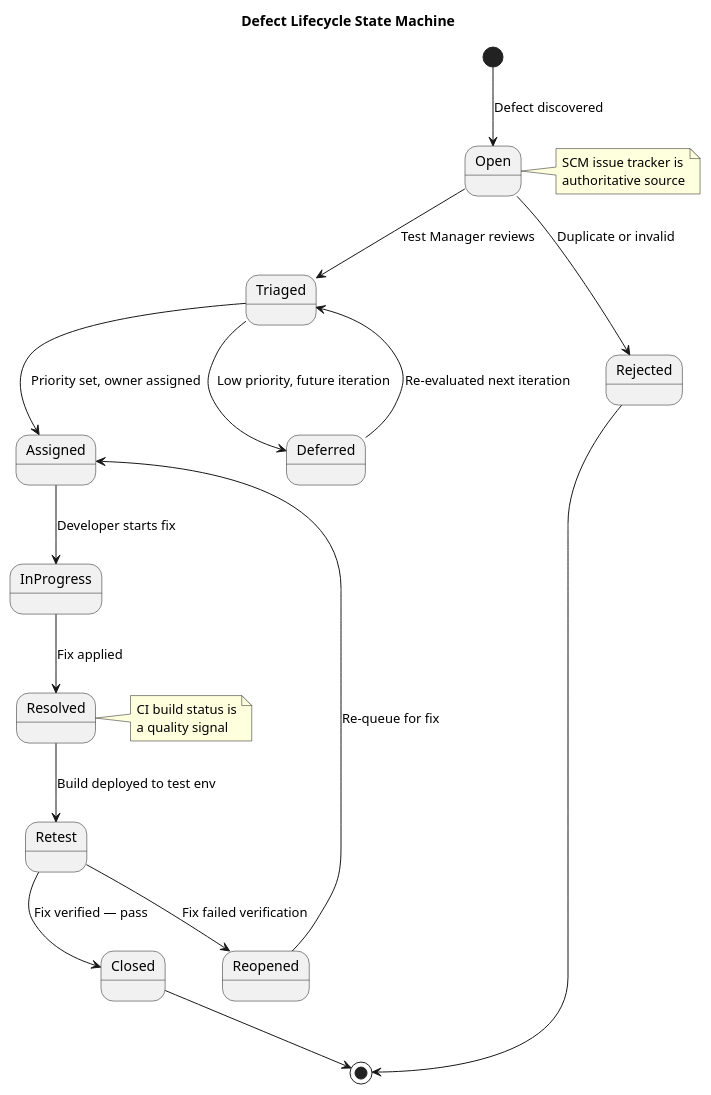
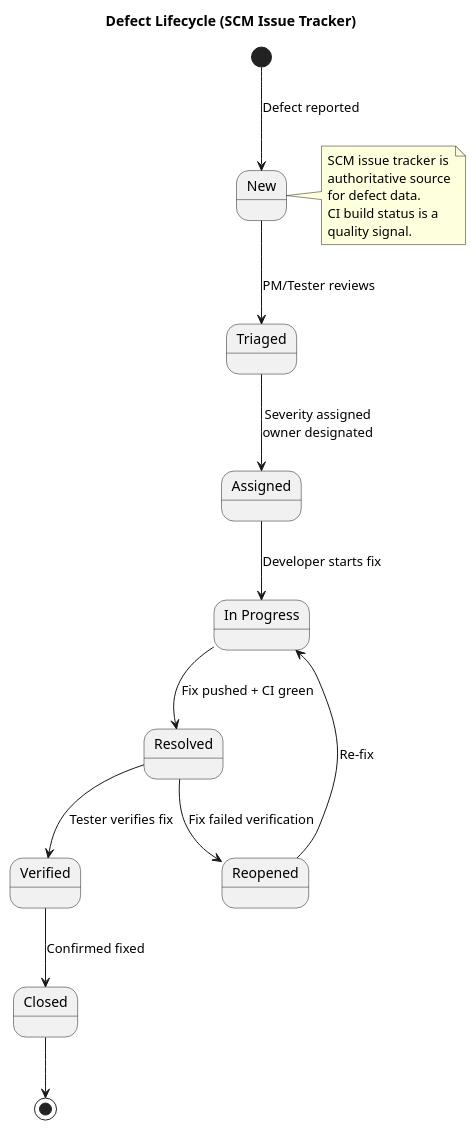
Before and after one commit to banense-test/portal-cuba-corp: the second of 2 diagrams in docs/artifacts/test/test-evaluation-summary.md, drawn with PlantUML. The commit also changed other lines of this file, not shown here.

First line of the commit message:
Test Manager [I2]: upsert Test Evaluation Summary

````diff
--- a/docs/artifacts/test/test-evaluation-summary.md
+++ b/docs/artifacts/test/test-evaluation-summary.md
@@ -111,37 +116,34 @@
 ```plantuml
 @startuml
-title Defect Lifecycle State Machine
+title Defect Lifecycle (SCM Issue Tracker)
 
-[*] --> Open : Defect discovered
+state "New" as New
+state "Triaged" as Triaged
+state "Assigned" as Assigned
+state "In Progress" as InProgress
+state "Resolved" as Resolved
+state "Verified" as Verified
+state "Closed" as Closed
+state "Reopened" as Reopened
 
-Open --> Triaged : Test Manager reviews
-Open --> Rejected : Duplicate or invalid
+[*] --> New : Defect reported
+New --> Triaged : PM/Tester reviews
+Triaged --> Assigned : Severity assigned\nowner designated
+Assigned --> InProgress : Developer starts fix
+InProgress --> Resolved : Fix pushed + CI green
+Resolved --> Verified : Tester verifies fix
+Verified --> Closed : Confirmed fixed
+Resolved --> Reopened : Fix failed verification
+Reopened --> InProgress : Re-fix
+Closed --> [*]
 
-Triaged --> Assigned : Priority set, owner assigned
-Triaged --> Deferred : Low priority, future iteration
-
-Assigned --> InProgress : Developer starts fix
-InProgress --> Resolved : Fix applied
-
-Resolved --> Retest : Build deployed to test env
-Retest --> Closed : Fix verified — pass
-Retest --> Reopened : Fix failed verification
-
-Reopened --> Assigned : Re-queue for fix
-Deferred --> Triaged : Re-evaluated next iteration
-
-Closed --> [*]
-Rejected --> [*]
-
-note right of Open
+note right of New
   SCM issue tracker is
   authoritative source
-end note
-
-note right of Resolved
-  CI build status is
-  a quality signal
+  for defect data.
+  CI build status is a
+  quality signal.
 end note
 
 @enduml
 ```
````
